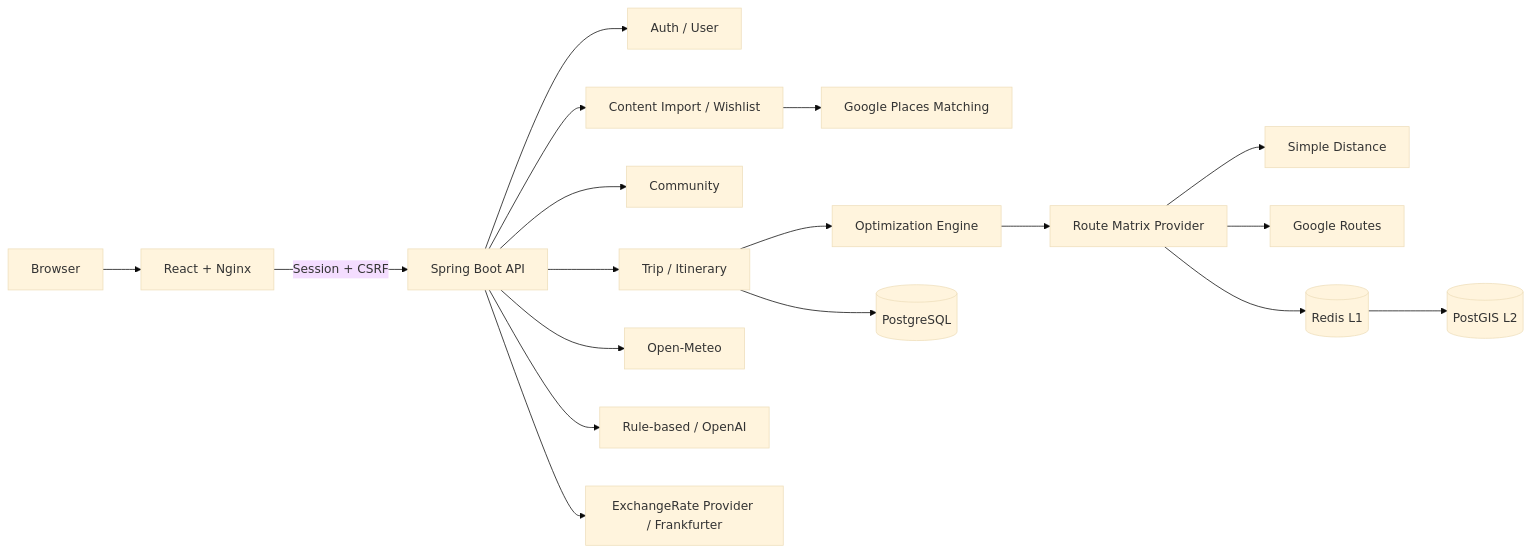
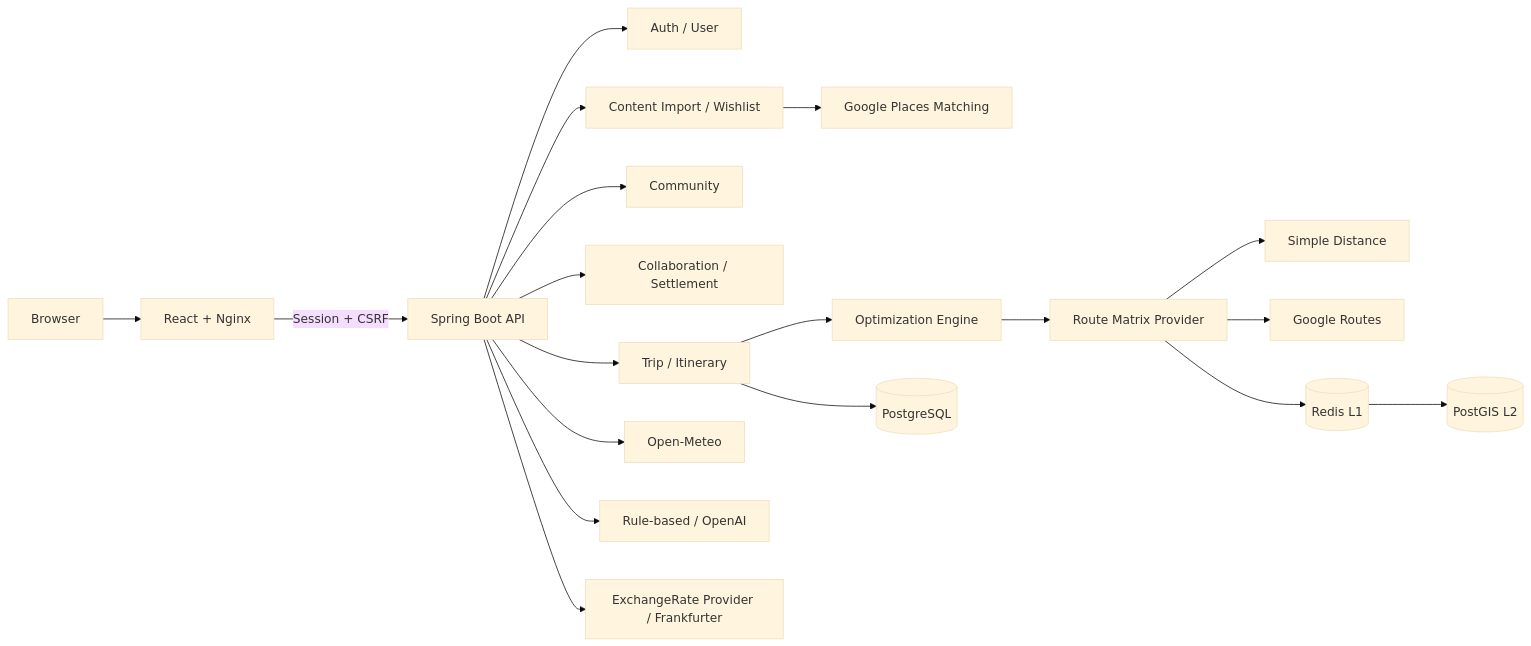
One commit to sungjuun/RoutePlan changed the diagram in README.md. Above: the diagram before and after it, drawn with Mermaid (base theme). The commit also changed other lines of this file and 34 other files, not shown here.

````diff
--- a/README.md
+++ b/README.md
@@ -87,20 +92,21 @@
 ```mermaid
 flowchart LR
     USER[Browser] --> WEB[React + Nginx]
     WEB -->|Session + CSRF| API[Spring Boot API]
     API --> AUTH[Auth / User]
     API --> PLAN[Trip / Itinerary]
     API --> COMMUNITY[Community]
+    API --> COLLAB[Collaboration / Settlement]
     API --> DISCOVERY[Content Import / Wishlist]
     DISCOVERY --> PLACES[Google Places Matching]
     PLAN --> OPT[Optimization Engine]
     OPT --> MATRIX[Route Matrix Provider]
     MATRIX --> SIMPLE[Simple Distance]
     MATRIX --> GOOGLE[Google Routes]
     MATRIX --> REDIS[(Redis L1)]
     REDIS --> POSTGIS[(PostGIS L2)]
     PLAN --> POSTGRES[(PostgreSQL)]
     API --> WEATHER[Open-Meteo]
     API --> AI[Rule-based / OpenAI]
     API --> FX[ExchangeRate Provider / Frankfurter]
 ```
````
